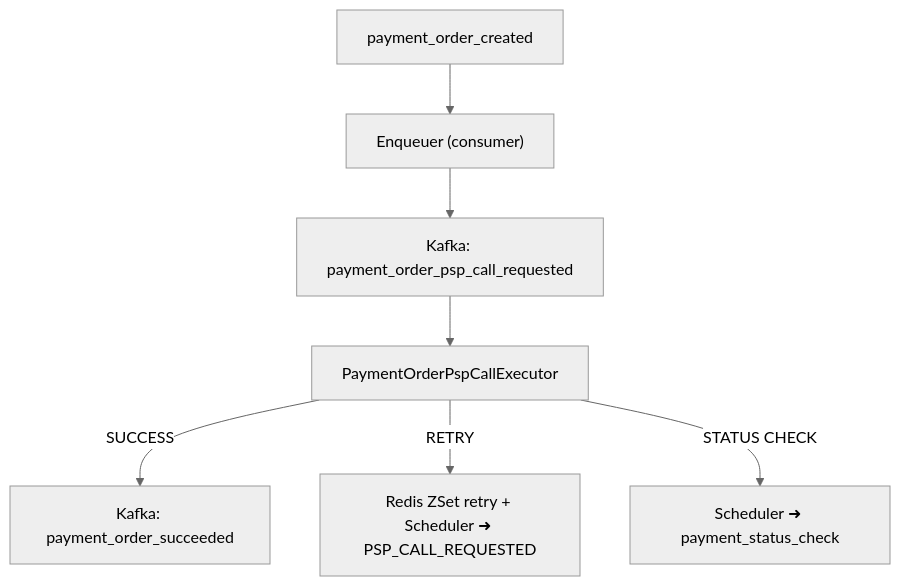
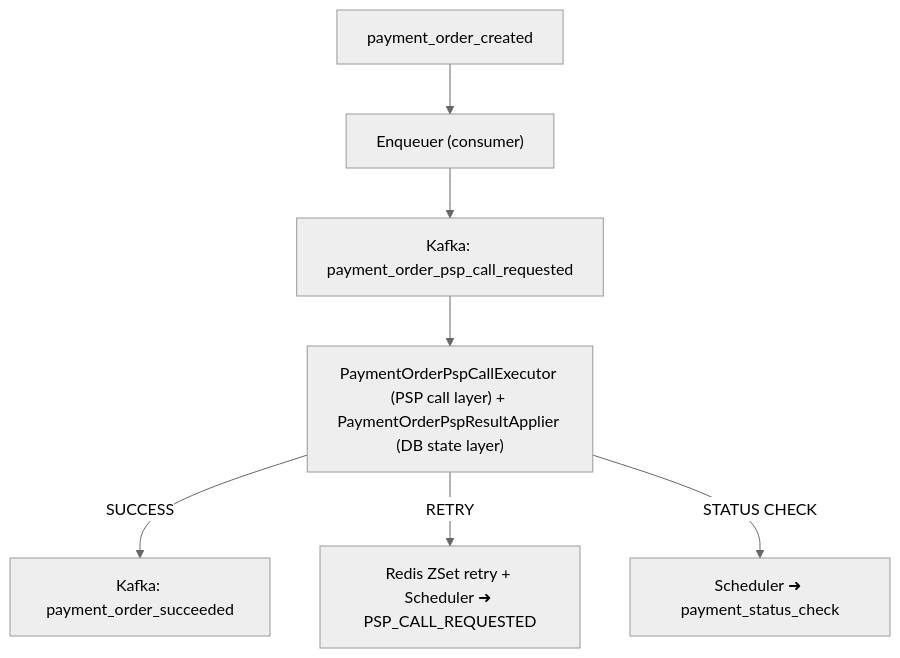
One commit to dcaglar/ecommerce-platform-kotlin changed the fifth of 5 diagrams in docs/architecture.md. Above: the diagram before and after it, drawn with Mermaid (neutral theme). The commit also changed other lines of this file, not shown here.

Commit message:
update architecture document

````diff
--- a/docs/architecture.md
+++ b/docs/architecture.md
@@ -183,9 +183,9 @@
 ```mermaid
 flowchart TD
     C1["payment_order_created"] --> D1["Enqueuer (consumer)"]
     D1 --> E1["Kafka: payment_order_psp_call_requested"]
-    E1 --> F1["PaymentOrderPspCallExecutor"]
+    E1 --> F1["PaymentOrderPspCallExecutor (PSP call layer) + PaymentOrderPspResultApplier (DB state layer)"]
     F1 -->|SUCCESS| G1["Kafka: payment_order_succeeded"]
     F1 -->|RETRY| H1["Redis ZSet retry + Scheduler ➜ PSP_CALL_REQUESTED"]
     F1 -->|STATUS CHECK| I1["Scheduler ➜ payment_status_check"]
 ```
````
